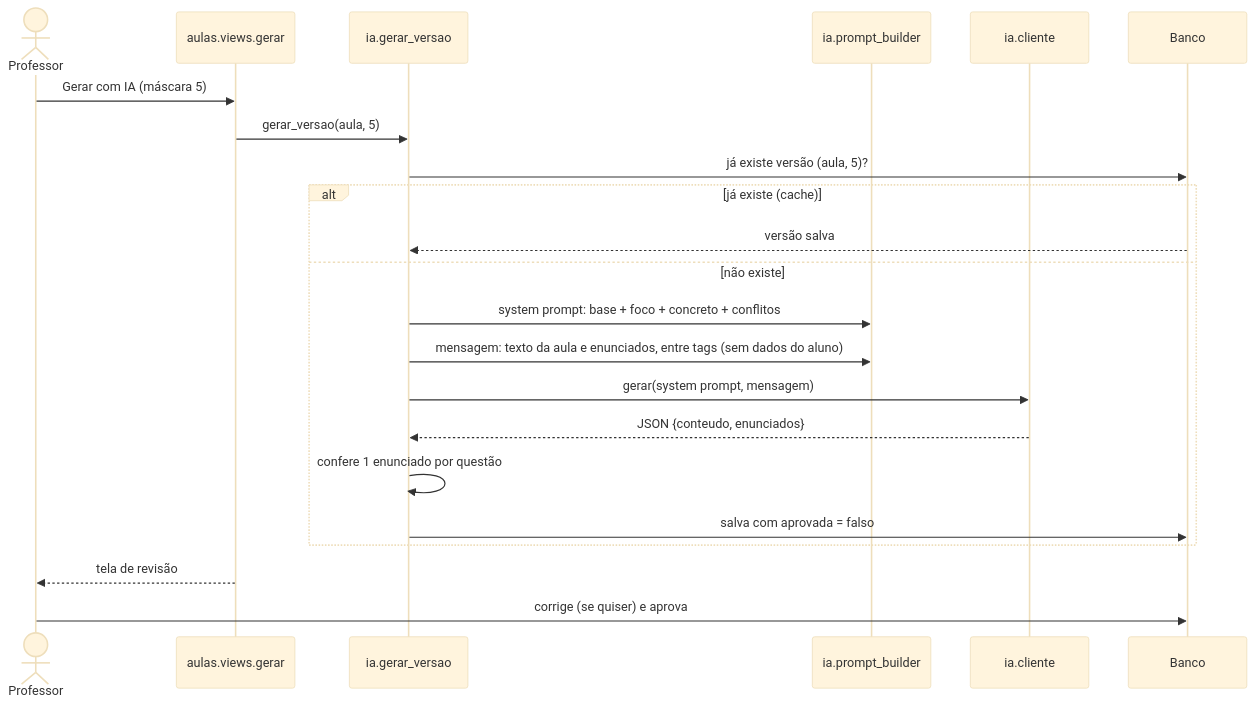
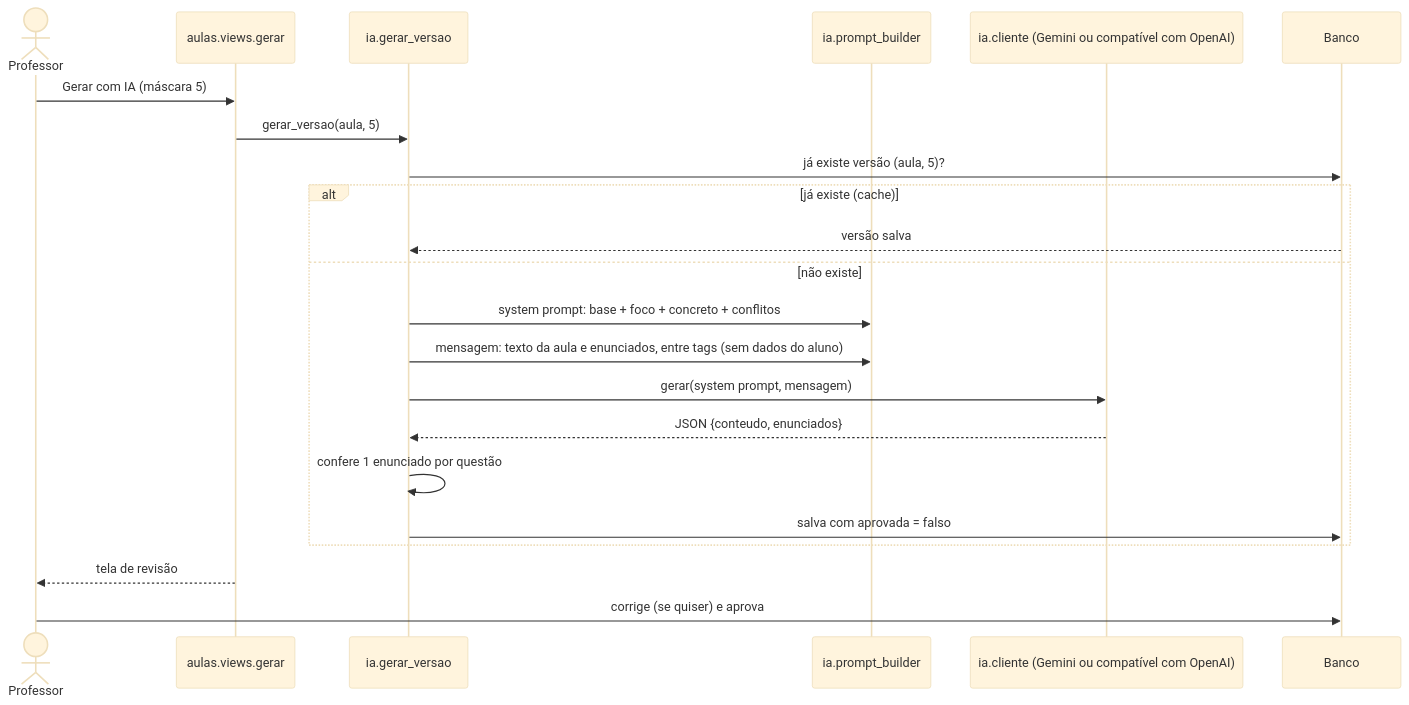
The third of 3 diagrams in docs/arquitetura.md (JPedroti/nextlearn), drawn with Mermaid (base theme) before and after one commit. The commit also changed other lines of this file and 4 other files, not shown here.

````diff
--- a/docs/arquitetura.md
+++ b/docs/arquitetura.md
@@ -104,24 +112,24 @@
 ```mermaid
 sequenceDiagram
     actor P as Professor
     participant V as aulas.views.gerar
     participant G as ia.gerar_versao
     participant B as ia.prompt_builder
-    participant C as ia.cliente
+    participant C as ia.cliente (Gemini ou compatível com OpenAI)
     participant DB as Banco
     P->>V: Gerar com IA (máscara 5)
     V->>G: gerar_versao(aula, 5)
     G->>DB: já existe versão (aula, 5)?
     alt já existe (cache)
         DB-->>G: versão salva
     else não existe
         G->>B: system prompt: base + foco + concreto + conflitos
         G->>B: mensagem: texto da aula e enunciados, entre tags (sem dados do aluno)
         G->>C: gerar(system prompt, mensagem)
         C-->>G: JSON {conteudo, enunciados}
         G->>G: confere 1 enunciado por questão
         G->>DB: salva com aprovada = falso
     end
     V-->>P: tela de revisão
     P->>DB: corrige (se quiser) e aprova
 ```
````
